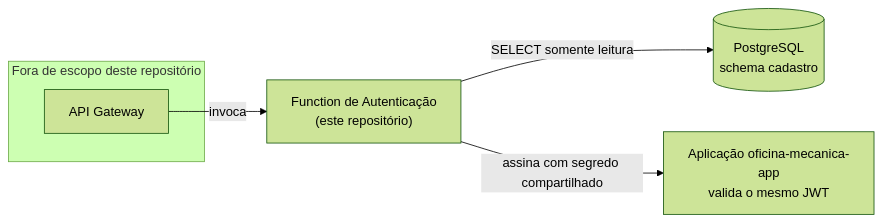
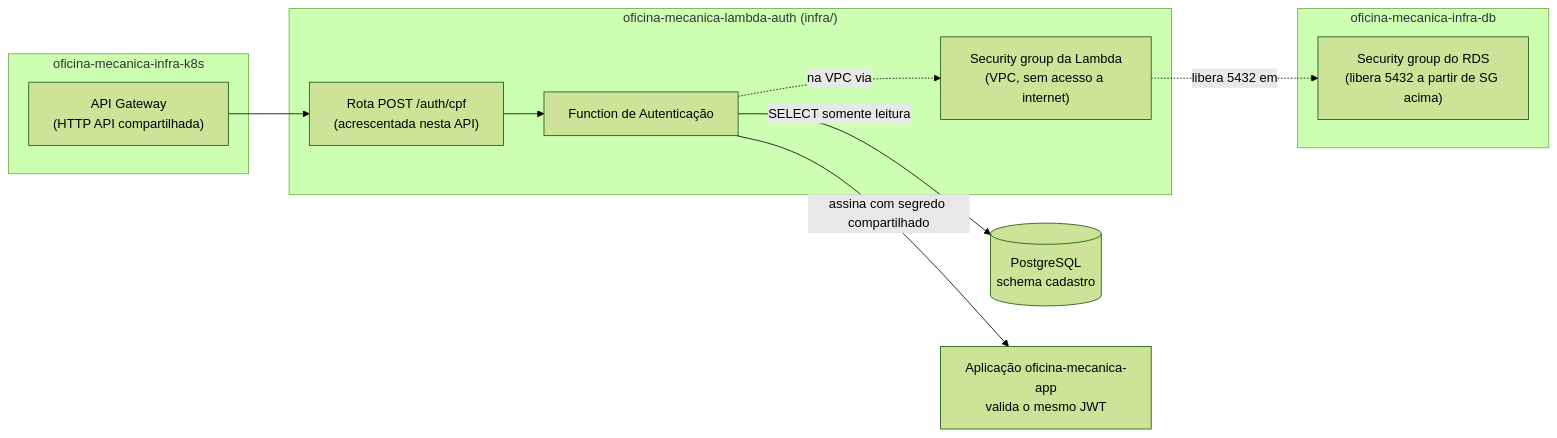
Before and after one commit to gabrielMauad/oficina-mecanica-lambda-auth: the second of 2 diagrams in README.md, drawn with Mermaid (forest theme). The commit also changed other lines of this file and 12 other files, not shown here.

First line of the commit message:
feat: provisiona e publica a Function na AWS via Terraform e pipeline

````diff
--- a/README.md
+++ b/README.md
@@ -86,9 +89,18 @@
 ```mermaid
 flowchart LR
-    subgraph "Fora de escopo deste repositório"
-        GW[API Gateway]
+    subgraph "oficina-mecanica-infra-k8s"
+        GW["API Gateway<br/>(HTTP API compartilhada)"]
     end
-    GW -->|invoca| FN["Function de Autenticação<br/>(este repositório)"]
+    subgraph "oficina-mecanica-lambda-auth (infra/)"
+        ROUTE["Rota POST /auth/cpf<br/>(acrescentada nesta API)"]
+        SG["Security group da Lambda<br/>(VPC, sem acesso a internet)"]
+        FN["Function de Autenticação"]
+    end
+    subgraph "oficina-mecanica-infra-db"
+        RDSSG["Security group do RDS<br/>(libera 5432 a partir de SG acima)"]
+    end
+    GW --> ROUTE --> FN
+    FN -.na VPC via.-> SG -.libera 5432 em.-> RDSSG
     FN -->|SELECT somente leitura| DB[(PostgreSQL<br/>schema cadastro)]
     FN -->|assina com segredo compartilhado| APP[Aplicação oficina-mecanica-app<br/>valida o mesmo JWT]
 ```
````
